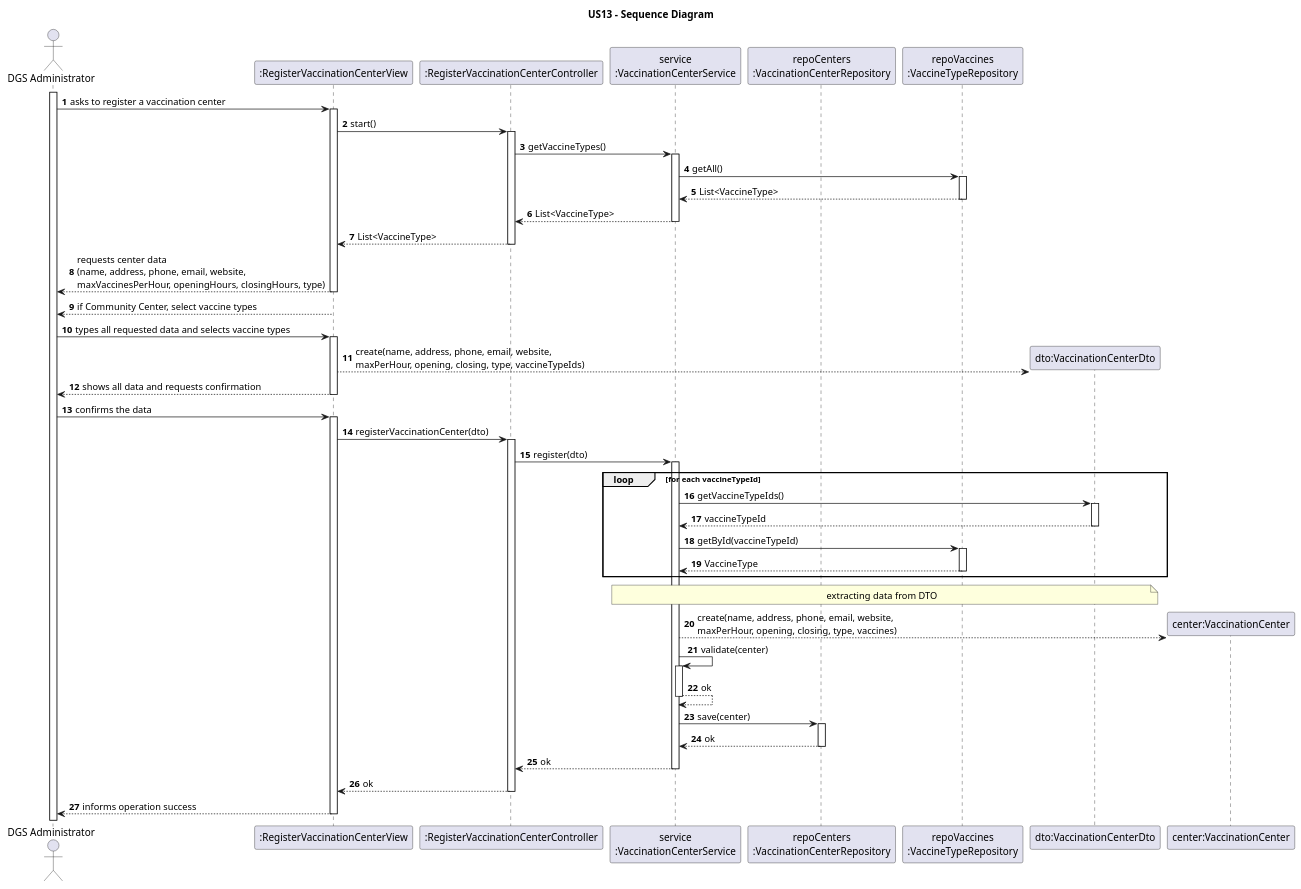
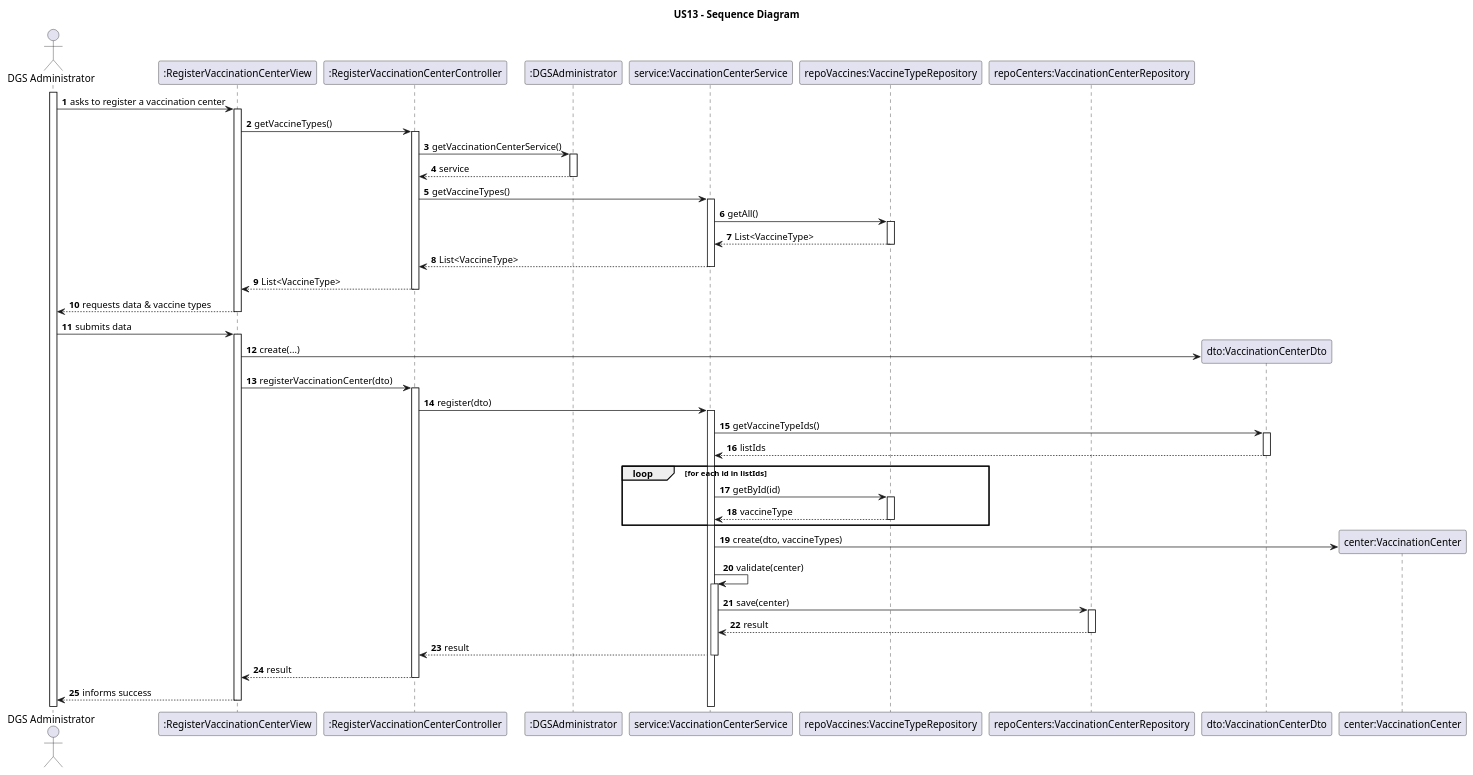
The diagram in docs/system-documentation/US13/puml/US13-SD.puml (luluisfcm/leti-esoft-25-26-B5), drawn with PlantUML before and after one commit. The commit also changed 7 other files, not shown here.

```diff
--- a/docs/system-documentation/US13/puml/US13-SD.puml
+++ b/docs/system-documentation/US13/puml/US13-SD.puml
@@ -1,60 +1,48 @@
 @startuml
-'https://plantuml.com/sequence-diagram
 title US13 - Sequence Diagram
 autoactivate on
 autonumber
 
 actor "DGS Administrator" as Admin
-participant ":RegisterVaccinationCenterView" as System
+participant ":RegisterVaccinationCenterView" as UI
 participant ":RegisterVaccinationCenterController" as Ctrl
-participant "service\n:VaccinationCenterService" as Service
-participant "repoCenters\n:VaccinationCenterRepository" as RepoCenter
-participant "repoVaccines\n:VaccineTypeRepository" as RepoVaccine
-participant "dto:VaccinationCenterDto" as CenterDto
+participant ":DGSAdministrator" as ObjAdmin
+participant "service:VaccinationCenterService" as Service
+participant "repoVaccines:VaccineTypeRepository" as RepoVaccine
+participant "repoCenters:VaccinationCenterRepository" as RepoCenter
+participant "dto:VaccinationCenterDto" as Dto
 participant "center:VaccinationCenter" as Center
 
 activate Admin
-
-Admin -> System: asks to register a vaccination center
-System -> Ctrl: start()
-
+Admin -> UI: asks to register a vaccination center
+UI -> Ctrl: getVaccineTypes()
+Ctrl -> ObjAdmin: getVaccinationCenterService()
+ObjAdmin --> Ctrl: service
 Ctrl -> Service: getVaccineTypes()
 Service -> RepoVaccine: getAll()
 RepoVaccine --> Service: List<VaccineType>
 Service --> Ctrl: List<VaccineType>
-Ctrl --> System: List<VaccineType>
+Ctrl --> UI: List<VaccineType>
+UI --> Admin: requests data & vaccine types
 
-System --> Admin: requests center data\n(name, address, phone, email, website,\nmaxVaccinesPerHour, openingHours, closingHours, type)
-System --> Admin: if Community Center, select vaccine types
-
-Admin -> System: types all requested data and selects vaccine types
-
-System --> CenterDto**: create(name, address, phone, email, website,\nmaxPerHour, opening, closing, type, vaccineTypeIds)
-System --> Admin: shows all data and requests confirmation
-Admin -> System: confirms the data
-
-System -> Ctrl: registerVaccinationCenter(dto)
+Admin -> UI: submits data
+UI -> Dto**: create(...)
+UI -> Ctrl: registerVaccinationCenter(dto)
 Ctrl -> Service: register(dto)
 
-loop for each vaccineTypeId
-Service -> CenterDto: getVaccineTypeIds()
-CenterDto --> Service: vaccineTypeId
-Service -> RepoVaccine: getById(vaccineTypeId)
-RepoVaccine --> Service: VaccineType
+' Correção do Loop: obter a lista antes de iterar
+Service -> Dto: getVaccineTypeIds()
+Dto --> Service: listIds
+loop for each id in listIds
+    Service -> RepoVaccine: getById(id)
+    RepoVaccine --> Service: vaccineType
 end
 
-note over Service, CenterDto: extracting data from DTO
-
-Service --> Center**: create(name, address, phone, email, website,\nmaxPerHour, opening, closing, type, vaccines)
-
+Service -> Center**: create(dto, vaccineTypes)
 Service -> Service: validate(center)
-Service --> Service: ok
-
 Service -> RepoCenter: save(center)
-RepoCenter --> Service: ok
-
-Service --> Ctrl: ok
-Ctrl --> System: ok
-System --> Admin: informs operation success
-
+RepoCenter --> Service: result
+Service --> Ctrl: result
+Ctrl --> UI: result
+UI --> Admin: informs success
 @enduml
```
